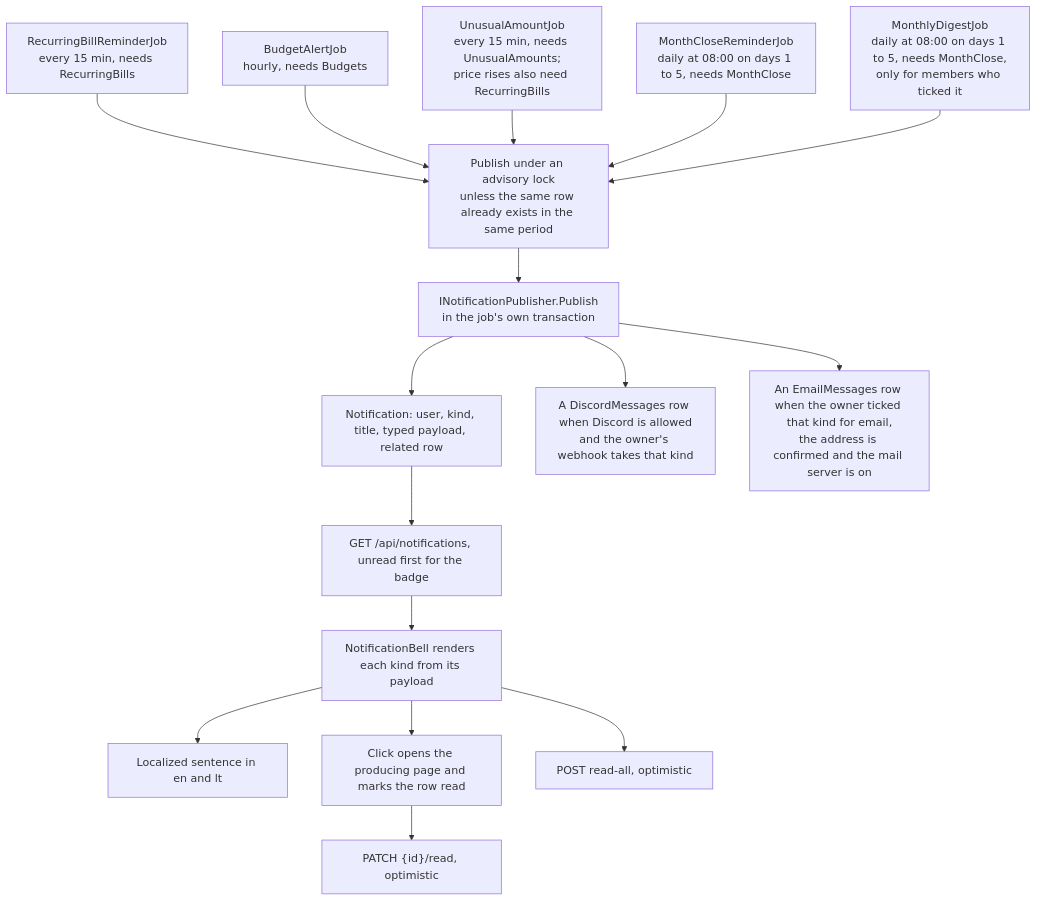
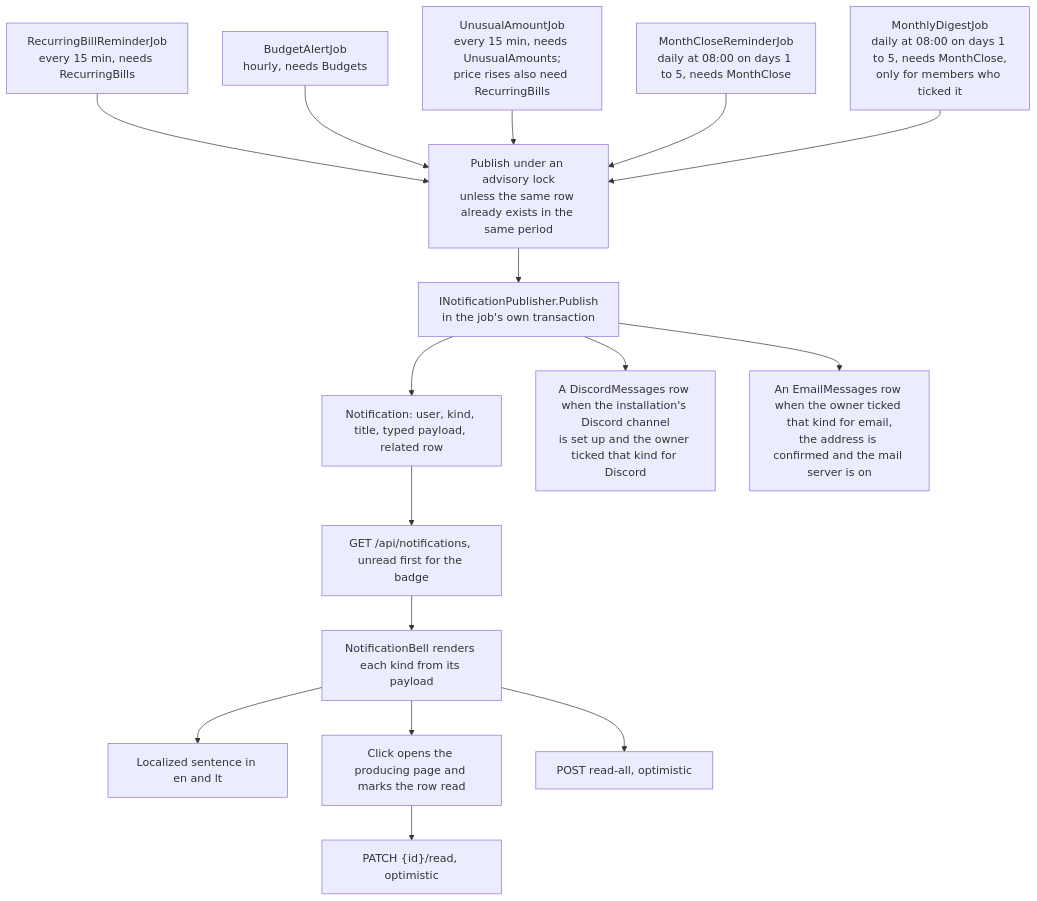
Before and after one commit to Justxs/Jx-Finance: the diagram in docs/features/notifications.md, drawn with Mermaid. The commit also changed other lines of this file and 196 other files, not shown here.

````diff
--- a/docs/features/notifications.md
+++ b/docs/features/notifications.md
@@ -7,18 +7,18 @@
 ```mermaid
 flowchart TD
     Bills["RecurringBillReminderJob<br/>every 15 min, needs RecurringBills"] --> Dedupe
     Budgets["BudgetAlertJob<br/>hourly, needs Budgets"] --> Dedupe
     Unusual["UnusualAmountJob<br/>every 15 min, needs UnusualAmounts;<br/>price rises also need RecurringBills"] --> Dedupe
     Close["MonthCloseReminderJob<br/>daily at 08:00 on days 1 to 5, needs MonthClose"] --> Dedupe
     Digest["MonthlyDigestJob<br/>daily at 08:00 on days 1 to 5, needs MonthClose,<br/>only for members who ticked it"] --> Dedupe
     Dedupe["Publish under an advisory lock<br/>unless the same row already exists in the same period"] --> Pub["INotificationPublisher.Publish<br/>in the job's own transaction"]
     Pub --> Row["Notification: user, kind, title, typed payload, related row"]
-    Pub --> Discord["A DiscordMessages row when Discord is allowed<br/>and the owner's webhook takes that kind"]
+    Pub --> Discord["A DiscordMessages row when the installation's Discord channel<br/>is set up and the owner ticked that kind for Discord"]
     Pub --> Email["An EmailMessages row when the owner ticked that kind for email,<br/>the address is confirmed and the mail server is on"]
     Row --> List["GET /api/notifications, unread first for the badge"]
     List --> Bell["NotificationBell renders each kind from its payload"]
     Bell --> Text["Localized sentence in en and lt"]
     Bell --> Link["Click opens the producing page and marks the row read"]
     Link --> Read["PATCH {id}/read, optimistic"]
     Bell --> All["POST read-all, optimistic"]
 ```
````
